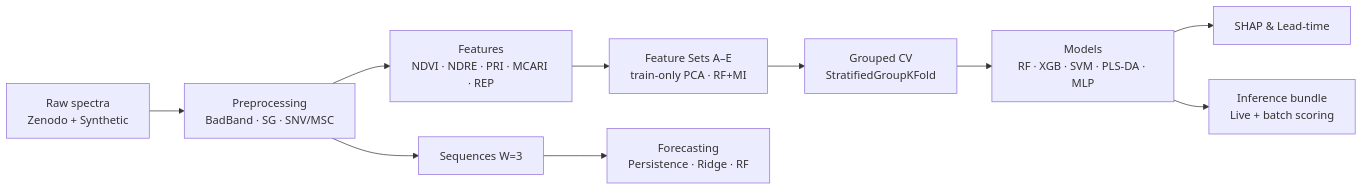
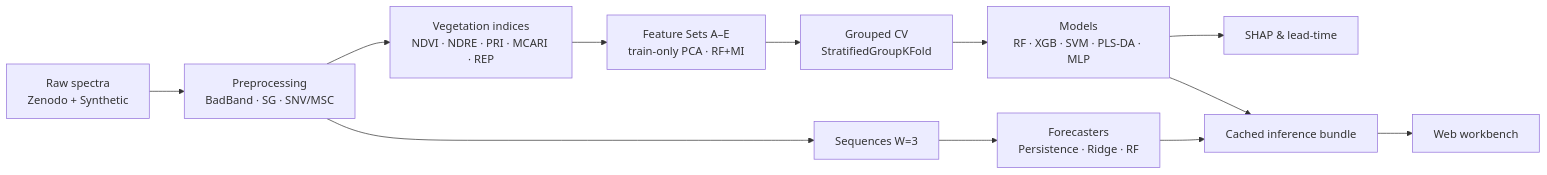
Before and after one commit to Krishna8208863439/TerraSpectra-Hyperspectral-Crop-Disease-Forecasting: the diagram in README.md, drawn with Mermaid. The commit also changed other lines of this file, not shown here.

````diff
--- a/README.md
+++ b/README.md
@@ -116,12 +122,14 @@
 ```mermaid
 flowchart LR
     A[Raw spectra<br/>Zenodo + Synthetic] --> B[Preprocessing<br/>BadBand · SG · SNV/MSC]
-    B --> C[Features<br/>NDVI · NDRE · PRI · MCARI · REP]
+    B --> C[Vegetation indices<br/>NDVI · NDRE · PRI · MCARI · REP]
     C --> D[Feature Sets A–E<br/>train-only PCA · RF+MI]
     D --> E[Grouped CV<br/>StratifiedGroupKFold]
     E --> F[Models<br/>RF · XGB · SVM · PLS-DA · MLP]
-    F --> G[SHAP & Lead-time]
+    F --> G[SHAP & lead-time]
     B --> H[Sequences W=3]
-    H --> I[Forecasting<br/>Persistence · Ridge · RF]
-    F --> J[Inference bundle<br/>Live + batch scoring]
+    H --> I[Forecasters<br/>Persistence · Ridge · RF]
+    F --> J[Cached inference bundle]
+    I --> J
+    J --> K[Web workbench]
 ```
````
